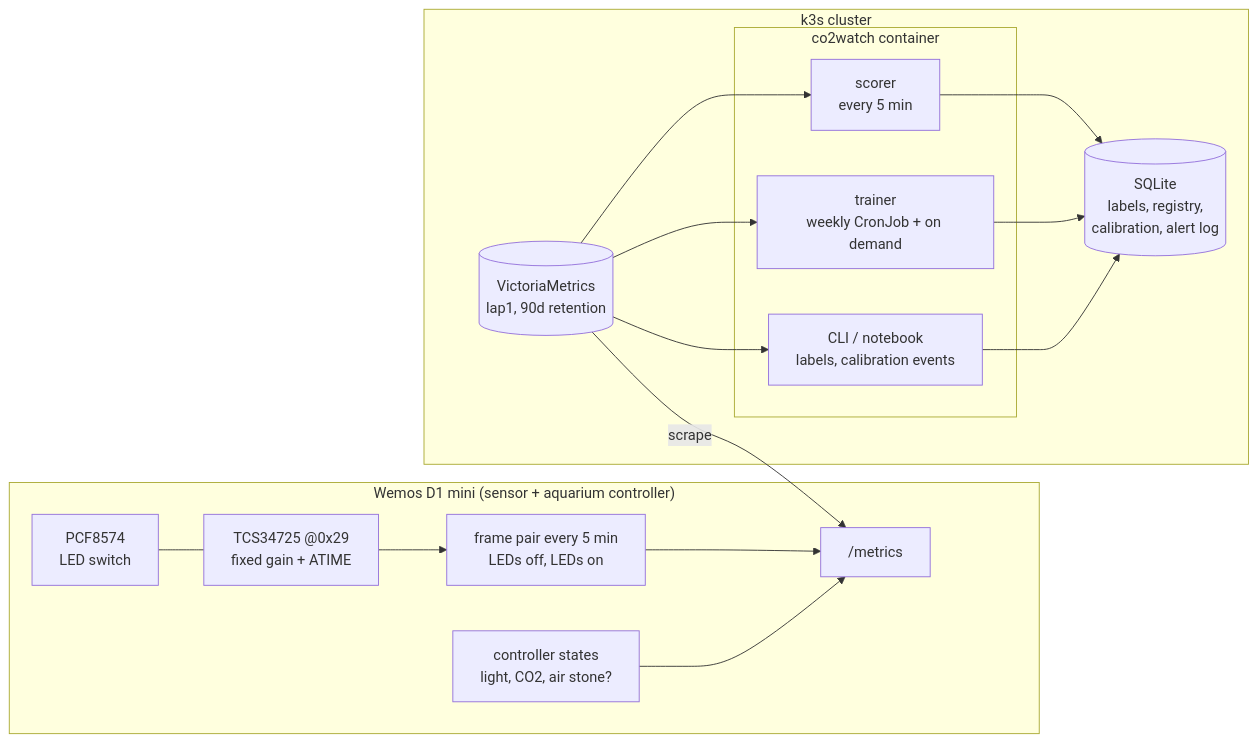
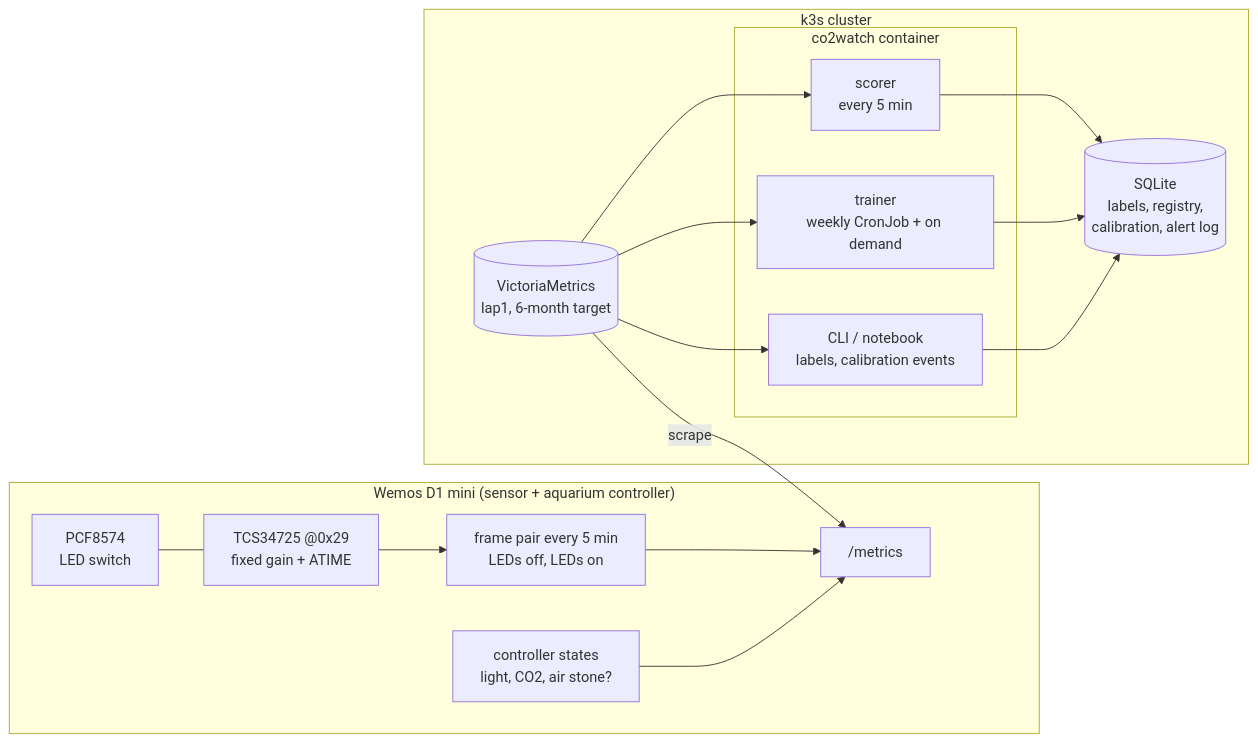
The diagram in docs/design.md (Justleen/co2_rgbsensor_reading), drawn with Mermaid before and after one commit. The commit also changed other lines of this file and 8 other files, not shown here.

````diff
--- a/docs/design.md
+++ b/docs/design.md
@@ -29,26 +29,26 @@
 ```mermaid
 flowchart LR
   subgraph D1["Wemos D1 mini (sensor + aquarium controller)"]
     PCF[PCF8574<br/>LED switch] --- TCS[TCS34725 @0x29<br/>fixed gain + ATIME]
     TCS --> FR[frame pair every 5 min<br/>LEDs off, LEDs on]
     CTRL[controller states<br/>light, CO2, air stone?]
     FR --> MET["/metrics"]
     CTRL --> MET
   end
 
   subgraph K3S["k3s cluster"]
-    VM[(VictoriaMetrics<br/>lap1, 90d retention)]
+    VM[(VictoriaMetrics<br/>lap1, 6-month target)]
     subgraph ML["co2watch container"]
       SC[scorer<br/>every 5 min]
       TR[trainer<br/>weekly CronJob + on demand]
       CLI[CLI / notebook<br/>labels, calibration events]
     end
     SQL[(SQLite<br/>labels, registry,<br/>calibration, alert log)]
   end
 
   VM -- scrape --> MET
   VM --> SC --> SQL
   VM --> TR --> SQL
   CLI --> SQL
   VM --> CLI
 ```
````
